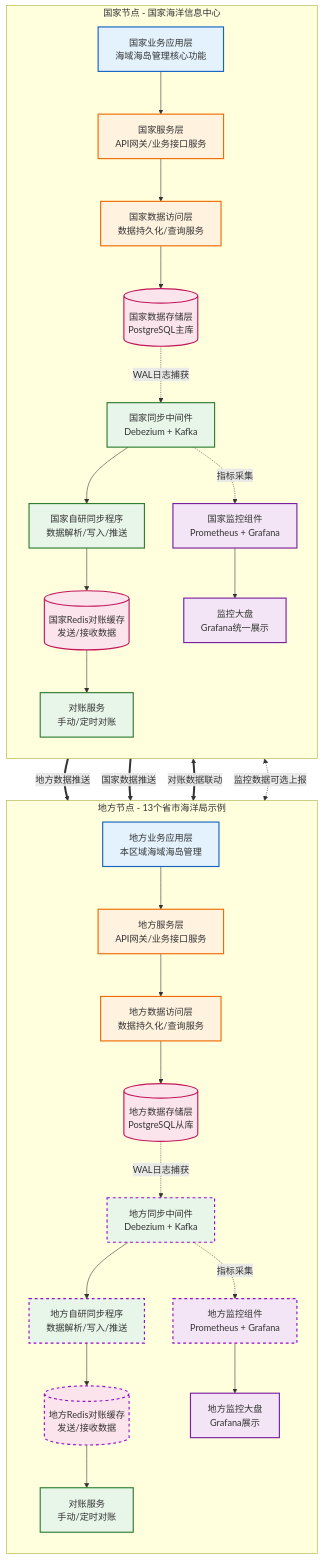
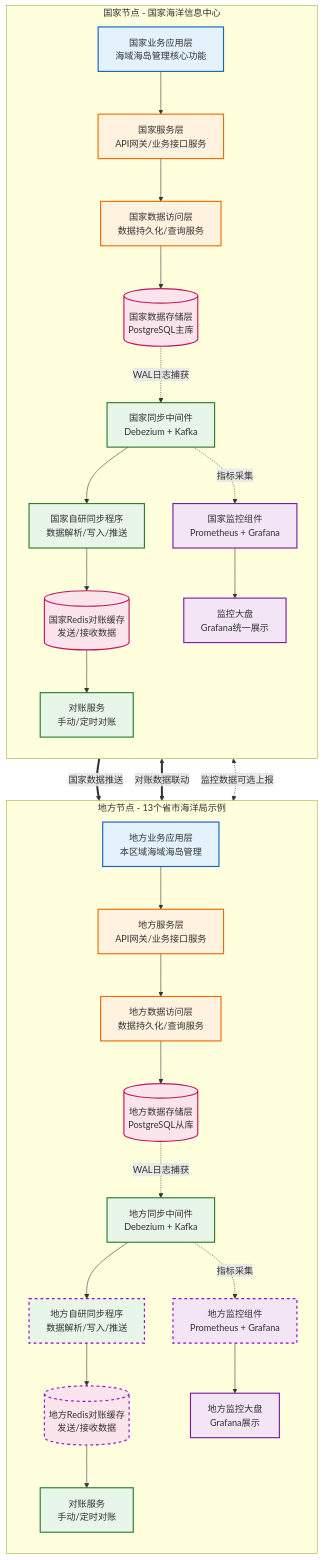
One commit to MyJohn2/iodraw-files changed the diagram in all/未命名-1.md. Above: the diagram before and after it, drawn with Mermaid.

Commit message:
2026-03-03 18:48:41 update

````diff
--- a/all/未命名-1.md
+++ b/all/未命名-1.md
@@ -1,71 +1,70 @@
 ```mermaid
 flowchart TD
     %% 定义样式
     classDef app fill:#e3f2fd,stroke:#1565c0,stroke-width:2px;
     classDef service fill:#fff3e0,stroke:#ef6c00,stroke-width:2px;
     classDef data fill:#fce4ec,stroke:#c2185b,stroke-width:2px;
     classDef sync fill:#e8f5e9,stroke:#2e7d32,stroke-width:2px;
     classDef monitor fill:#f3e5f5,stroke:#7b1fa2,stroke-width:2px;
     classDef linkLine stroke:#950DCD,stroke-width:2px,stroke-dasharray: 5 5;
 
     %% 国家节点 - 修复了标题括号问题
     subgraph NationNode [国家节点 - 国家海洋信息中心]
         direction TB
         A1[国家业务应用层<br/>海域海岛管理核心功能]:::app
         B1[国家服务层<br/>API网关/业务接口服务]:::service
         C1[国家数据访问层<br/>数据持久化/查询服务]:::service
         D1[(国家数据存储层<br/>PostgreSQL主库)]:::data
         E1[国家同步中间件<br/>Debezium + Kafka]:::sync
         F1[国家自研同步程序<br/>数据解析/写入/推送]:::sync
         G1[(国家Redis对账缓存<br/>发送/接收数据)]:::data
         H1[国家监控组件<br/>Prometheus + Grafana]:::monitor
         I1[对账服务<br/>手动/定时对账]:::sync
         J1[监控大盘<br/>Grafana统一展示]:::monitor
 
         A1 --> B1
         B1 --> C1
         C1 --> D1
         D1 -.->|WAL日志捕获 | E1
         E1 --> F1
         F1 --> G1
         E1 -.->|指标采集 | H1
         G1 --> I1
         H1 --> J1
     end
     
     %% 地方节点 - 修复了标题括号问题
     subgraph LocalNode [地方节点 - 13个省市海洋局示例]
         direction TB
         A2[地方业务应用层<br/>本区域海域海岛管理]:::app
         B2[地方服务层<br/>API网关/业务接口服务]:::service
         C2[地方数据访问层<br/>数据持久化/查询服务]:::service
         D2[(地方数据存储层<br/>PostgreSQL从库)]:::data
         E2[地方同步中间件<br/>Debezium + Kafka]:::sync
         F2[地方自研同步程序<br/>数据解析/写入/推送]:::sync
         G2[(地方Redis对账缓存<br/>发送/接收数据)]:::data
         H2[地方监控组件<br/>Prometheus + Grafana]:::monitor
         I2[对账服务<br/>手动/定时对账]:::sync
         J2[地方监控大盘<br/>Grafana展示]:::monitor
 
         A2 --> B2
         B2 --> C2
         C2 --> D2
         D2 -.->|WAL日志捕获 | E2
         E2 --> F2
         F2 --> G2
         E2 -.->|指标采集 | H2
         G2 --> I2
         H2 --> J2
     end
     
     %% 跨节点交互
-    F1 ==>|地方数据推送 | E2:::linkLine
     E1 ==>|国家数据推送 | F2:::linkLine
     G1 <==>|对账数据联动 | G2:::linkLine
     H1 <-.->|监控数据可选上报 | H2:::linkLine
     
 
 
 
 
 ```
````
